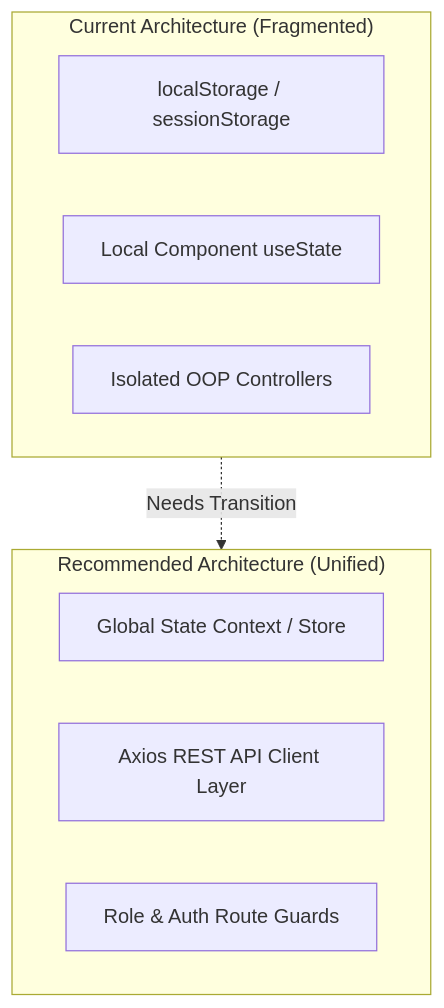
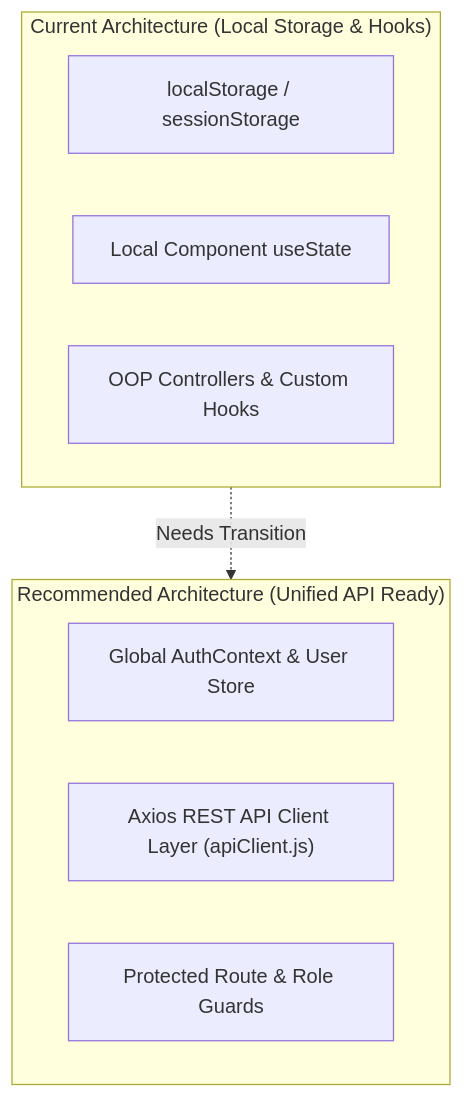
The first of 2 diagrams in ACHIEVENEST_FRONTEND_ARCHITECTURE_EVALUATION.md (Astherisk1229/AchieveNest), drawn with Mermaid before and after one commit. The commit also changed other lines of this file and 26 other files, not shown here.

Commit message:
feat: implement ACHIEVENEST core infrastructure including role-based dashboard components, security controllers, and HR automation hooks.

````diff
--- a/ACHIEVENEST_FRONTEND_ARCHITECTURE_EVALUATION.md
+++ b/ACHIEVENEST_FRONTEND_ARCHITECTURE_EVALUATION.md
@@ -16,16 +16,16 @@
 ```mermaid
 flowchart TD
-    subgraph Current ["Current Architecture (Fragmented)"]
+    subgraph Current ["Current Architecture (Local Storage & Hooks)"]
         LS["localStorage / sessionStorage"]
         COMP["Local Component useState"]
-        CTRL["Isolated OOP Controllers"]
+        CTRL["OOP Controllers & Custom Hooks"]
     end
 
-    subgraph Recommended ["Recommended Architecture (Unified)"]
-        STORE["Global State Context / Store"]
-        API["Axios REST API Client Layer"]
-        GUARDS["Role & Auth Route Guards"]
+    subgraph Recommended ["Recommended Architecture (Unified API Ready)"]
+        STORE["Global AuthContext & User Store"]
+        API["Axios REST API Client Layer (apiClient.js)"]
+        GUARDS["Protected Route & Role Guards"]
     end
 
     Current -. Needs Transition .-> Recommended
 ```
````
